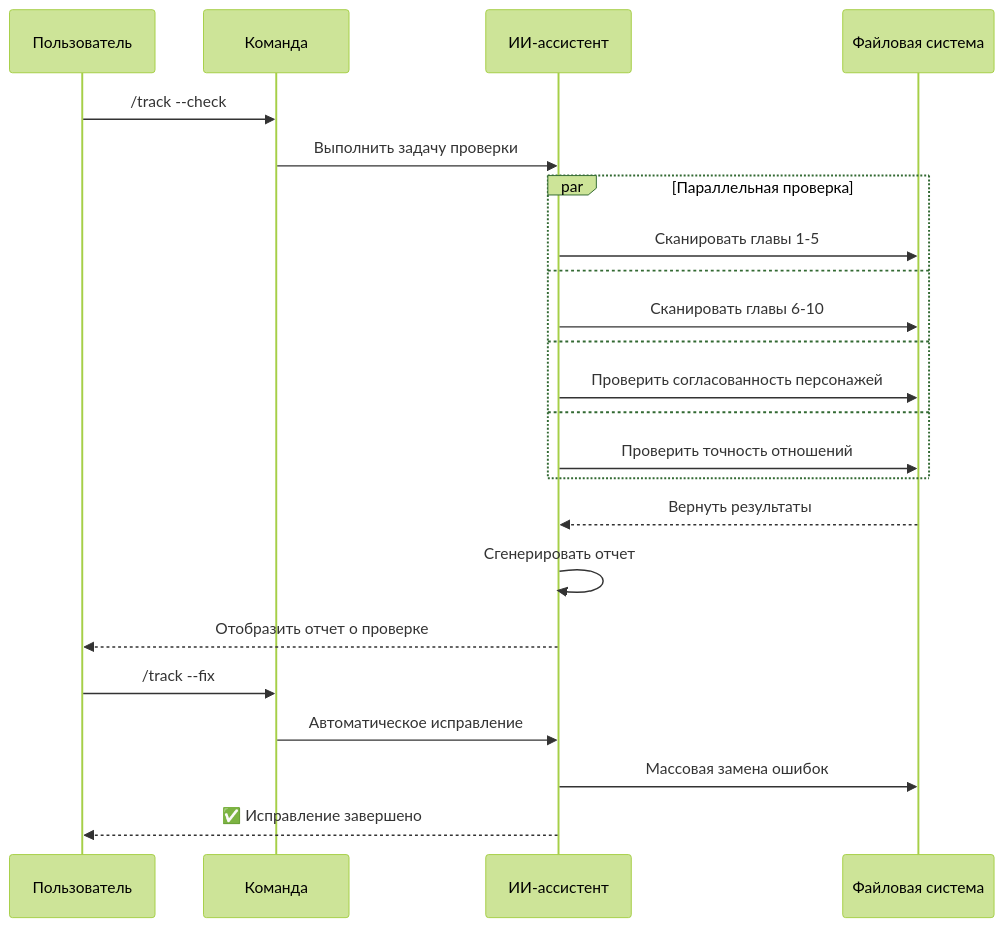
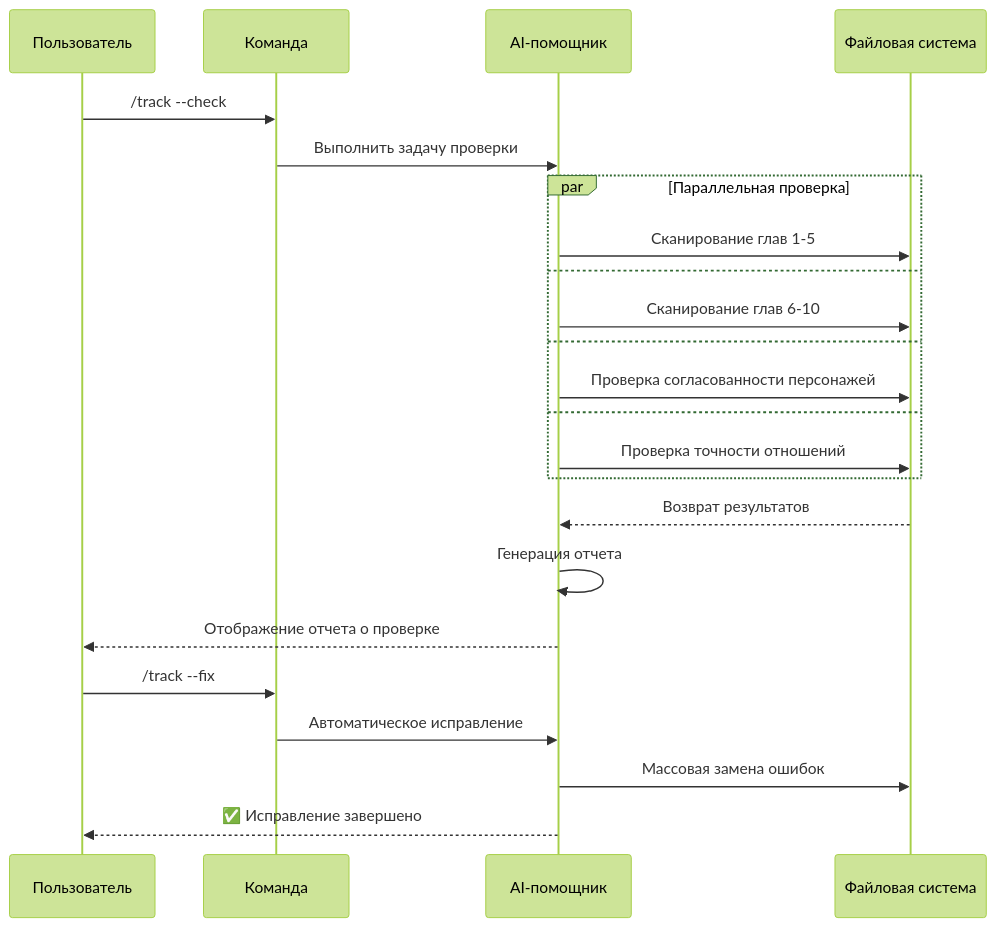
Before and after one commit to jakerdy/novel-writer-ru: the sixth of 9 diagrams in docs/novel-writing-guide.md, drawn with Mermaid (forest theme). The commit also changed other lines of this file and 397 other files, not shown here.

````diff
--- a/docs/novel-writing-guide.md
+++ b/docs/novel-writing-guide.md
@@ -367,29 +366,29 @@
 ```mermaid
 sequenceDiagram
     participant User as Пользователь
     participant CMD as Команда
-    participant AI as ИИ-ассистент
+    participant AI as AI-помощник
     participant Files as Файловая система
 
     User->>CMD: /track --check
     CMD->>AI: Выполнить задачу проверки
 
     par Параллельная проверка
-        AI->>Files: Сканировать главы 1-5
+        AI->>Files: Сканирование глав 1-5
     and
-        AI->>Files: Сканировать главы 6-10
+        AI->>Files: Сканирование глав 6-10
     and
-        AI->>Files: Проверить согласованность персонажей
+        AI->>Files: Проверка согласованности персонажей
     and
-        AI->>Files: Проверить точность отношений
+        AI->>Files: Проверка точности отношений
     end
 
-    Files-->>AI: Вернуть результаты
-    AI->>AI: Сгенерировать отчет
-    AI-->>User: Отобразить отчет о проверке
+    Files-->>AI: Возврат результатов
+    AI->>AI: Генерация отчета
+    AI-->>User: Отображение отчета о проверке
 
     User->>CMD: /track --fix
     CMD->>AI: Автоматическое исправление
     AI->>Files: Массовая замена ошибок
     AI-->>User: ✅ Исправление завершено
 ```
````
